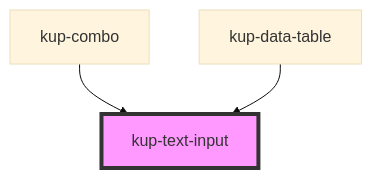
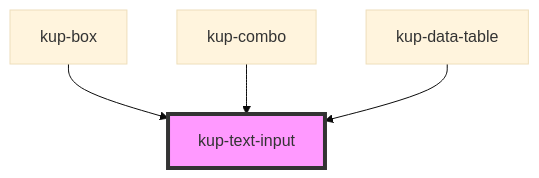
One commit to smeup/ketchup changed the diagram in packages/ketchup/src/components/kup-text-input/readme.md. Above: the diagram before and after it, drawn with Mermaid (base theme). The commit also changed other lines of this file and 11 other files, not shown here.

Commit message:
Updated readmes. Fixed index.html. Migrated kup-box, kup-gauge, kup-image.

````diff
--- a/packages/ketchup/src/components/kup-text-input/readme.md
+++ b/packages/ketchup/src/components/kup-text-input/readme.md
@@ -68,6 +69,7 @@
 ```mermaid
 graph TD;
+  kup-box --> kup-text-input
   kup-combo --> kup-text-input
   kup-data-table --> kup-text-input
   style kup-text-input fill:#f9f,stroke:#333,stroke-width:4px
 ```
````
